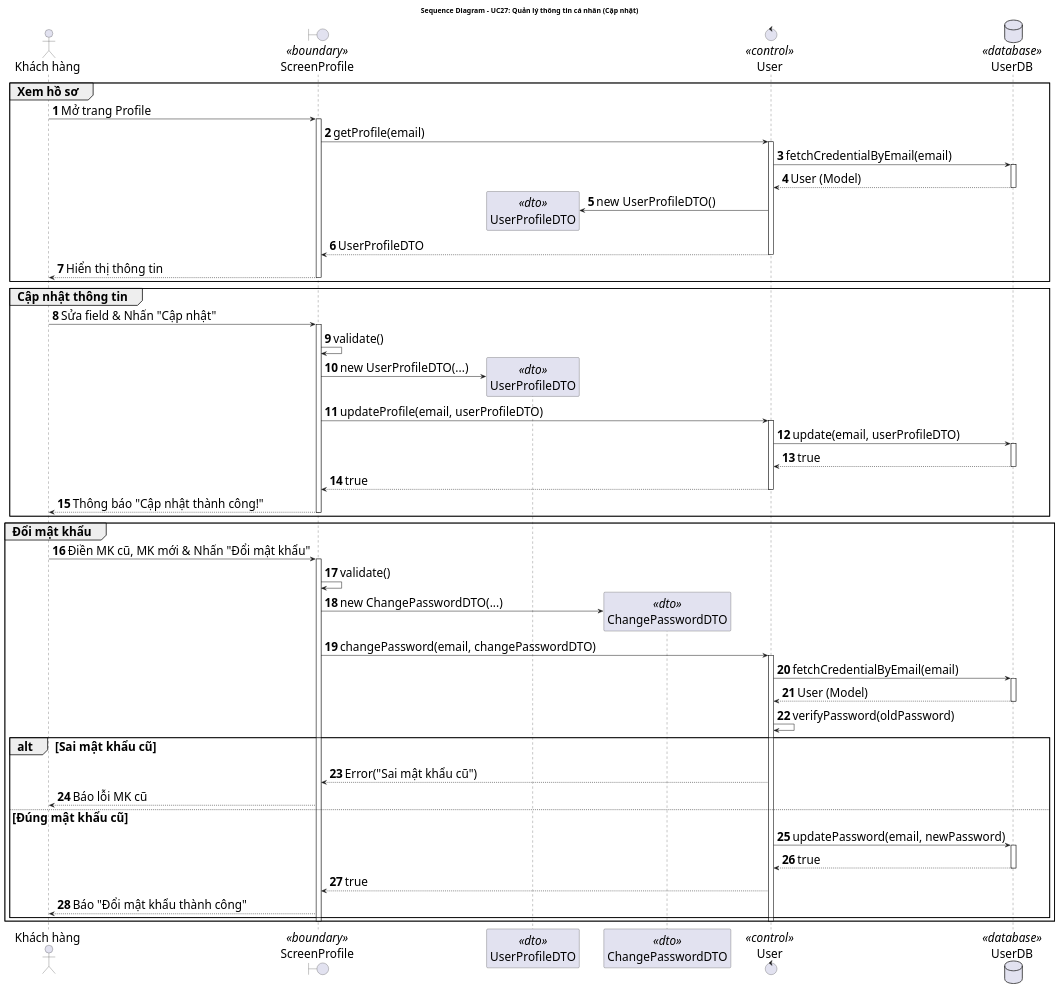
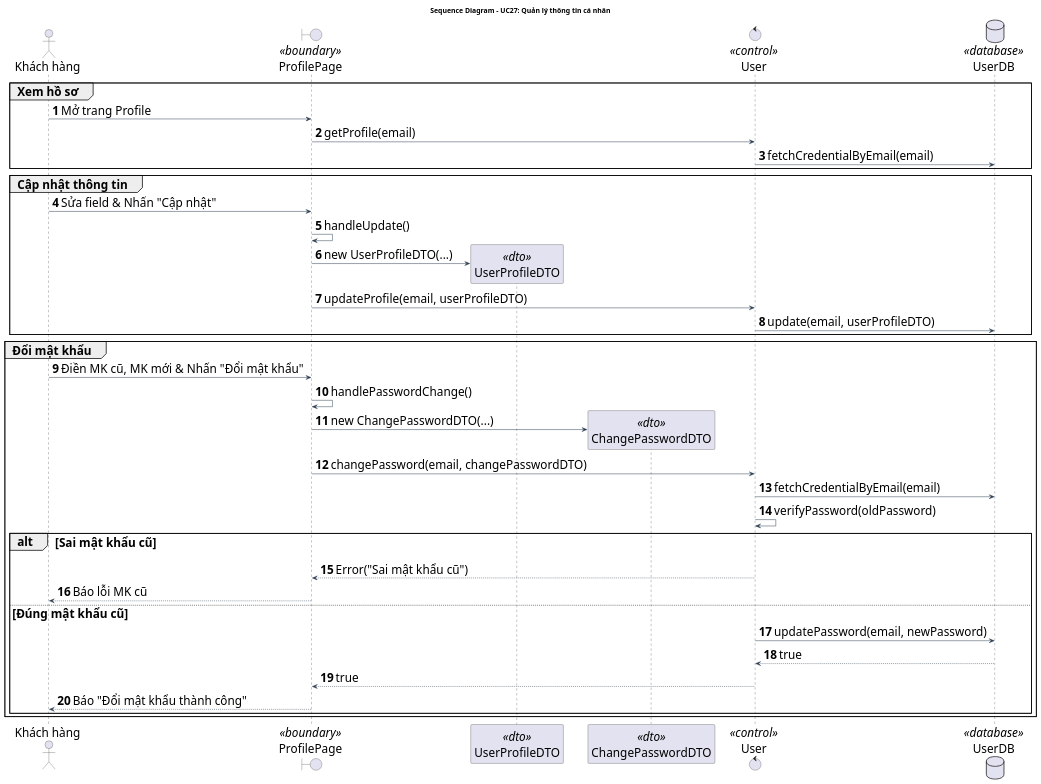
One commit to Gnourt812005/HCMUS-Analyze-and-desgin-IS changed the diagram in doc/system/chinh_sua_thong_tin_ca_nhan/ChinhSuaThongTinCaNhan_SequenceDiagram.wsd. Above: the diagram before and after it, drawn with PlantUML. The commit also changed other lines of this file and 19 other files, not shown here.

Commit message:
trong: update class and sequence usecase

```diff
--- a/doc/system/chinh_sua_thong_tin_ca_nhan/ChinhSuaThongTinCaNhan_SequenceDiagram.wsd
+++ b/doc/system/chinh_sua_thong_tin_ca_nhan/ChinhSuaThongTinCaNhan_SequenceDiagram.wsd
@@ -1,77 +1,54 @@
 @startuml ChinhSuaThongTinCaNhan_SequenceDiagram
-skinparam DefaultFontSize 24
-skinparam ParticipantPadding 20
-skinparam BoxPadding 10
+title Sequence Diagram - UC27: Quản lý thông tin cá nhân
 
-title Sequence Diagram - UC27: Quản lý thông tin cá nhân (Cập nhật)
+skinparam {
+    BackgroundColor White
+    ArrowColor #2D3E50
+    DefaultFontName "Arial"
+    DefaultFontSize 24
+    ParticipantPadding 20
+    BoxPadding 10
+}
 
 actor "Khách hàng" as Actor
-boundary "ScreenProfile" as GUI <<boundary>>
+boundary "ProfilePage" as GUI <<boundary>>
 participant "UserProfileDTO" as DTO <<dto>>
 participant "ChangePasswordDTO" as PWDTO <<dto>>
 control "User" as BUS <<control>>
 database "UserDB" as DB <<database>>
 
 autonumber
 
 group Xem hồ sơ
     Actor -> GUI: Mở trang Profile
-    activate GUI
     GUI -> BUS: getProfile(email)
-    activate BUS
     BUS -> DB: fetchCredentialByEmail(email)
-    activate DB
-    DB --> BUS: User (Model)
-    deactivate DB
-    BUS -> DTO **: new UserProfileDTO()
-    BUS --> GUI: UserProfileDTO
-    deactivate BUS
-    GUI --> Actor: Hiển thị thông tin
-    deactivate GUI
 end
 
 group Cập nhật thông tin
     Actor -> GUI: Sửa field & Nhấn "Cập nhật"
-    activate GUI
-    GUI -> GUI: validate()
+    GUI -> GUI: handleUpdate()
     GUI -> DTO **: new UserProfileDTO(...)
     GUI -> BUS: updateProfile(email, userProfileDTO)
-    activate BUS
     BUS -> DB: update(email, userProfileDTO)
-    activate DB
-    DB --> BUS: true
-    deactivate DB
-    BUS --> GUI: true
-    deactivate BUS
-    GUI --> Actor: Thông báo "Cập nhật thành công!"
-    deactivate GUI
 end
 
 group Đổi mật khẩu
     Actor -> GUI: Điền MK cũ, MK mới & Nhấn "Đổi mật khẩu"
-    activate GUI
-    GUI -> GUI: validate()
+    GUI -> GUI: handlePasswordChange()
     GUI -> PWDTO **: new ChangePasswordDTO(...)
     GUI -> BUS: changePassword(email, changePasswordDTO)
-    activate BUS
     BUS -> DB: fetchCredentialByEmail(email)
-    activate DB
-    DB --> BUS: User (Model)
-    deactivate DB
     BUS -> BUS: verifyPassword(oldPassword)
     alt Sai mật khẩu cũ
         BUS --> GUI: Error("Sai mật khẩu cũ")
         GUI --> Actor: Báo lỗi MK cũ
     else Đúng mật khẩu cũ
         BUS -> DB: updatePassword(email, newPassword)
-        activate DB
         DB --> BUS: true
-        deactivate DB
         BUS --> GUI: true
         GUI --> Actor: Báo "Đổi mật khẩu thành công"
     end
-    deactivate BUS
-    deactivate GUI
 end
 
 @enduml
```
